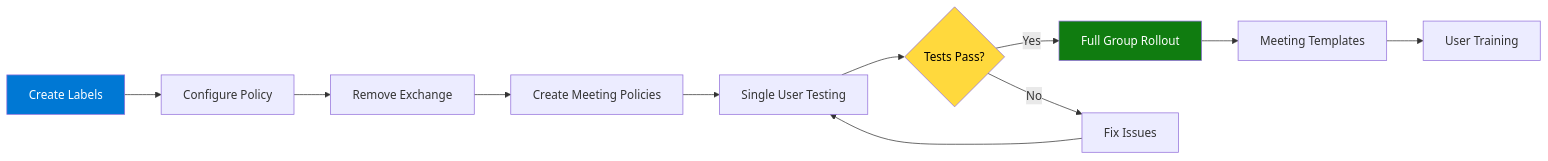
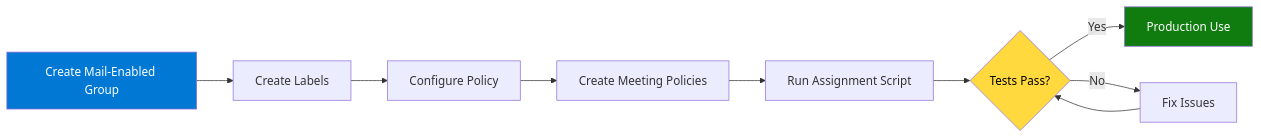
The diagram in docs/Teams/latest/package/Teams_Premium_Build_Book_Group_Deployment.md (Cloudstrucc/Public), drawn with Mermaid before and after one commit. The commit also changed other lines of this file, not shown here.

````diff
--- a/docs/Teams/latest/package/Teams_Premium_Build_Book_Group_Deployment.md
+++ b/docs/Teams/latest/package/Teams_Premium_Build_Book_Group_Deployment.md
@@ -44,17 +42,15 @@
 ```mermaid
 flowchart LR
-    A[Create Labels] --> B[Configure Policy]
-    B --> C[Remove Exchange]
+    A[Create Mail-Enabled Group] --> B[Create Labels]
+    B --> C[Configure Policy]
     C --> D[Create Meeting Policies]
-    D --> E[Single User Testing]
+    D --> E[Run Assignment Script]
     E --> F{Tests Pass?}
-    F -->|Yes| G[Full Group Rollout]
+    F -->|Yes| G[Production Use]
     F -->|No| H[Fix Issues]
-    H --> E
-    G --> I[Meeting Templates]
-    I --> J[User Training]
+    H --> F
     
     style A fill:#0078d4,color:#fff
     style G fill:#107c10,color:#fff
     style F fill:#ffd93d,color:#000
 ```
````
